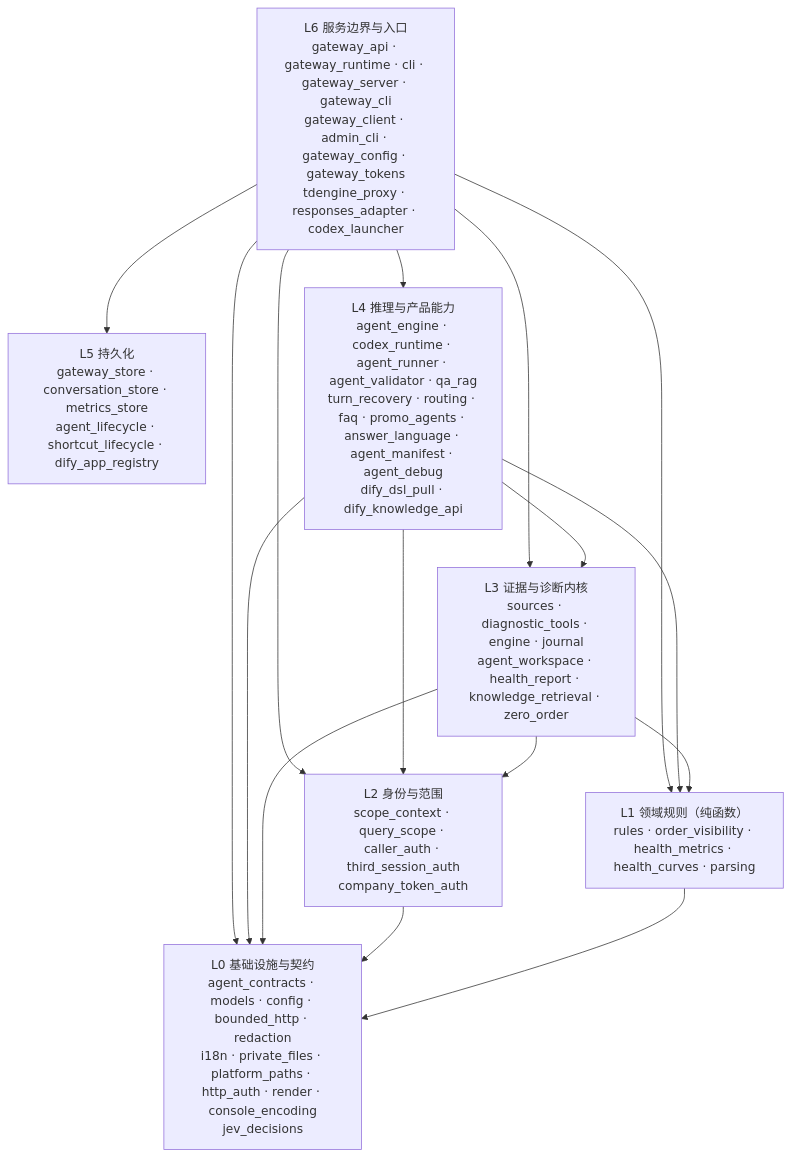
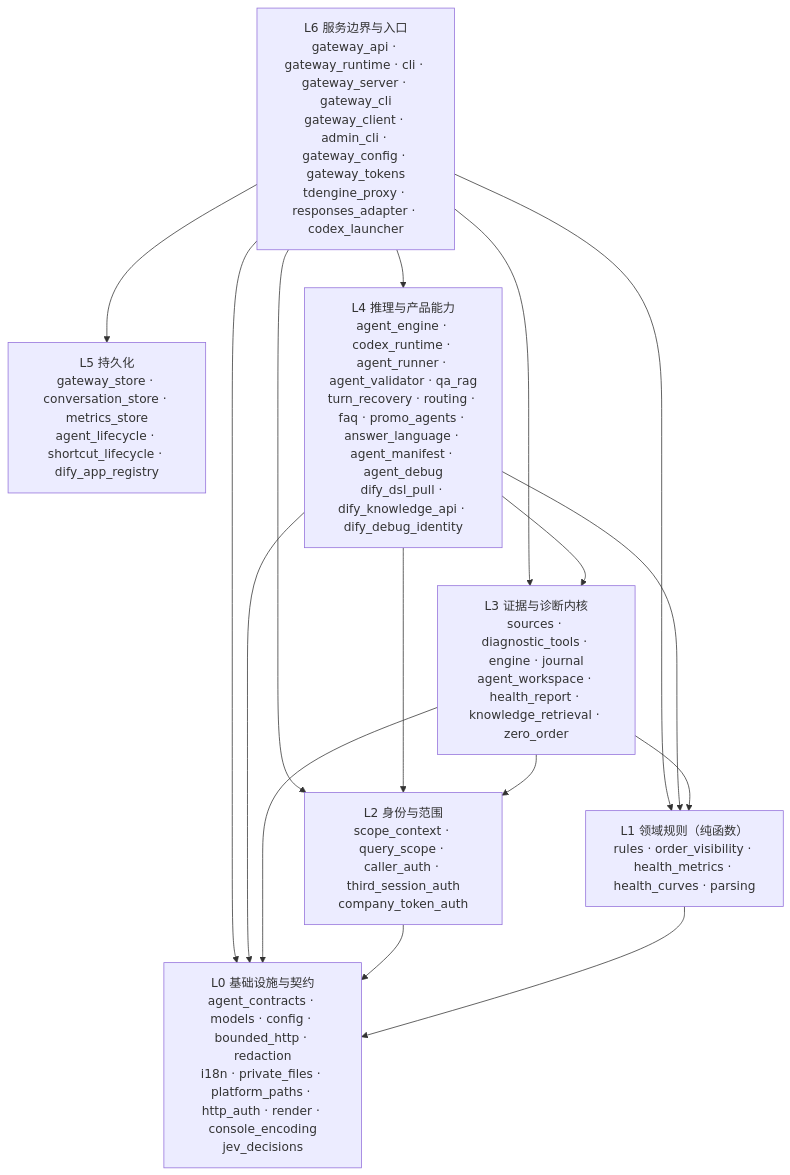
One commit to kilbertert/AI-Ops changed the diagram in README.md. Above: the diagram before and after it, drawn with Mermaid. The commit also changed other lines of this file and 9 other files, not shown here.

````diff
--- a/README.md
+++ b/README.md
@@ -183,26 +183,26 @@
 ```mermaid
 flowchart TB
     L6["L6 服务边界与入口<br/>gateway_api · gateway_runtime · cli · gateway_server · gateway_cli<br/>gateway_client · admin_cli · gateway_config · gateway_tokens<br/>tdengine_proxy · responses_adapter · codex_launcher"]
     L5["L5 持久化<br/>gateway_store · conversation_store · metrics_store<br/>agent_lifecycle · shortcut_lifecycle · dify_app_registry"]
-    L4["L4 推理与产品能力<br/>agent_engine · codex_runtime · agent_runner · agent_validator · qa_rag<br/>turn_recovery · routing · faq · promo_agents · answer_language · agent_manifest · agent_debug<br/>dify_dsl_pull · dify_knowledge_api"]
+    L4["L4 推理与产品能力<br/>agent_engine · codex_runtime · agent_runner · agent_validator · qa_rag<br/>turn_recovery · routing · faq · promo_agents · answer_language · agent_manifest · agent_debug<br/>dify_dsl_pull · dify_knowledge_api · dify_debug_identity"]
     L3["L3 证据与诊断内核<br/>sources · diagnostic_tools · engine · journal<br/>agent_workspace · health_report · knowledge_retrieval · zero_order"]
     L2["L2 身份与范围<br/>scope_context · query_scope · caller_auth · third_session_auth<br/>company_token_auth"]
     L1["L1 领域规则（纯函数）<br/>rules · order_visibility · health_metrics · health_curves · parsing"]
     L0["L0 基础设施与契约<br/>agent_contracts · models · config · bounded_http · redaction<br/>i18n · private_files · platform_paths · http_auth · render · console_encoding<br/>jev_decisions"]
 
     L6 --> L5
     L6 --> L4
     L6 --> L3
     L6 --> L2
     L6 --> L1
     L6 --> L0
     L4 --> L3
     L4 --> L2
     L4 --> L1
     L4 --> L0
     L3 --> L2
     L3 --> L1
     L3 --> L0
     L2 --> L0
     L1 --> L0
 ```
````
